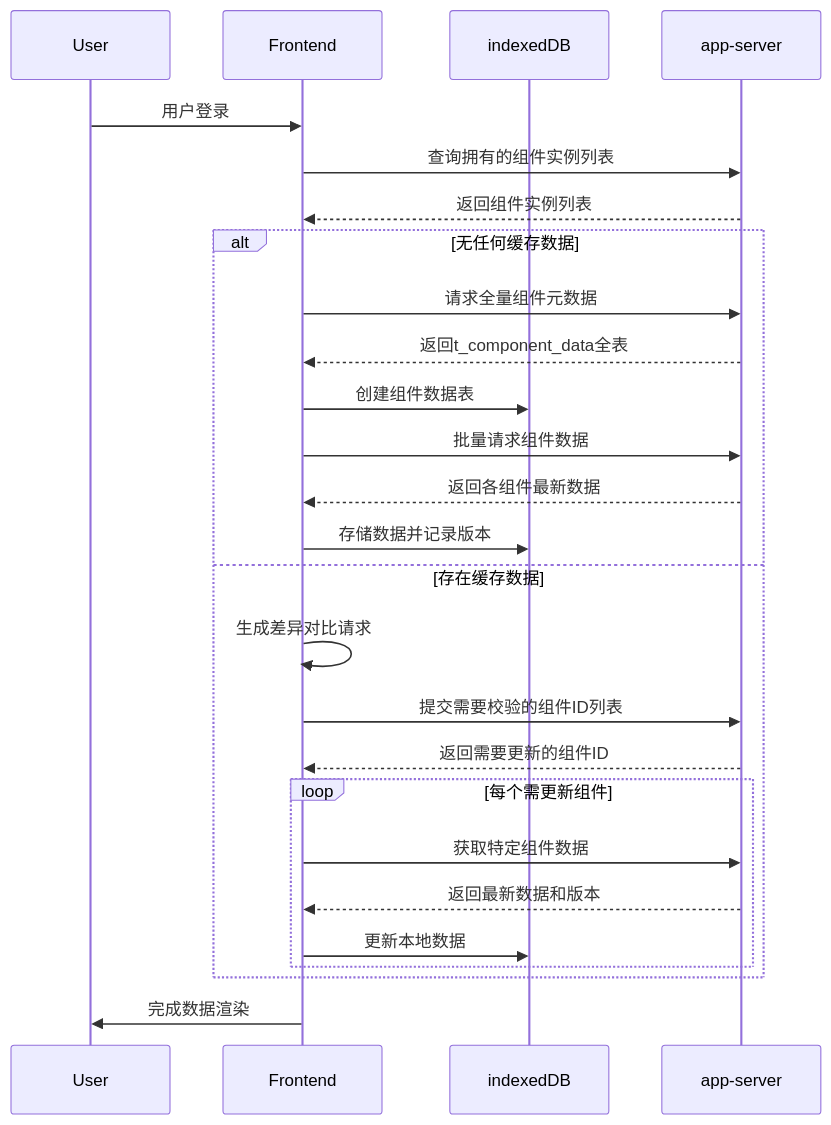
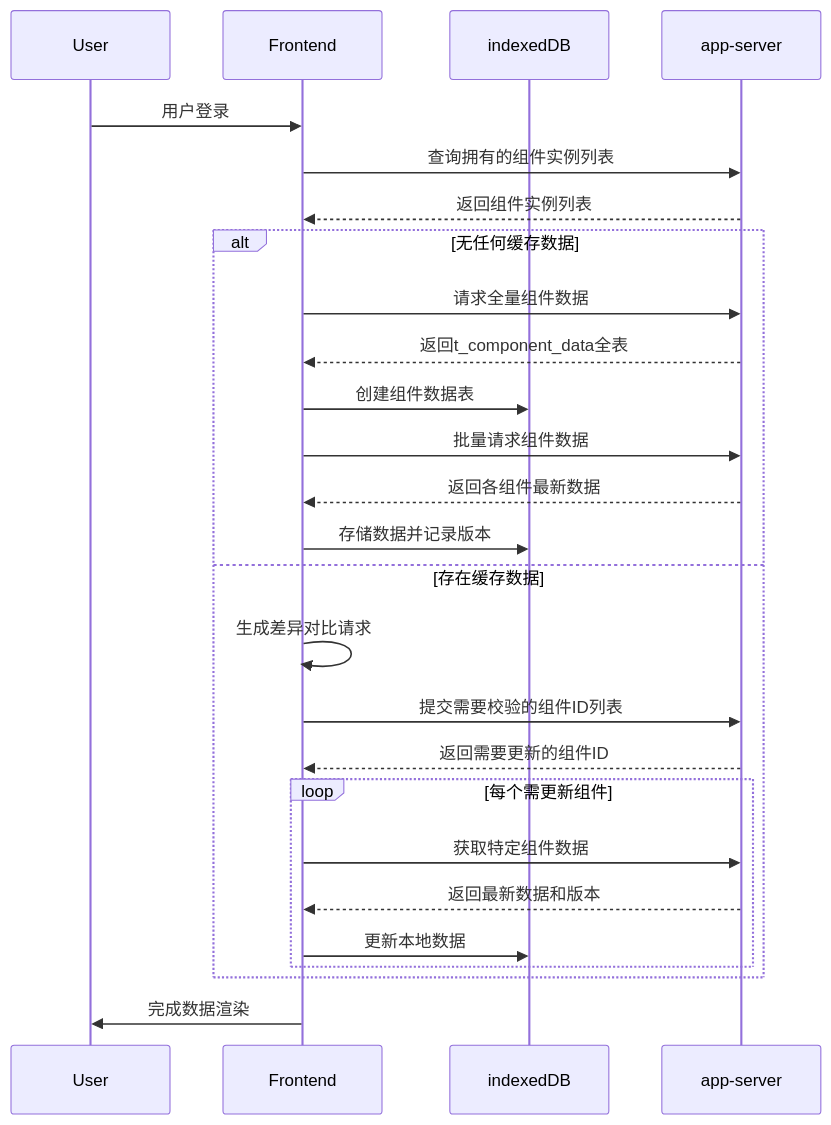
The diagram in all/未命名-24.md (yingjianzh/iodraw-files), drawn with Mermaid before and after one commit.

Commit message:
2025-02-24 17:07:38 update

````diff
--- a/all/未命名-24.md
+++ b/all/未命名-24.md
@@ -1,30 +1,30 @@
 ```mermaid
 sequenceDiagram
     participant User
     participant Frontend
     participant indexedDB
     participant app-server
 
     User->>Frontend: 用户登录
     Frontend->>app-server: 查询拥有的组件实例列表
     app-server-->>Frontend: 返回组件实例列表
     
     alt 无任何缓存数据
-        Frontend->>app-server: 请求全量组件元数据
+        Frontend->>app-server: 请求全量组件数据
         app-server-->>Frontend: 返回t_component_data全表
         Frontend->>indexedDB: 创建组件数据表
         Frontend->>app-server: 批量请求组件数据
         app-server-->>Frontend: 返回各组件最新数据
         Frontend->>indexedDB: 存储数据并记录版本
     else 存在缓存数据
         Frontend->>Frontend: 生成差异对比请求
         Frontend->>app-server: 提交需要校验的组件ID列表
         app-server-->>Frontend: 返回需要更新的组件ID
         loop 每个需更新组件
             Frontend->>app-server: 获取特定组件数据
             app-server-->>Frontend: 返回最新数据和版本
             Frontend->>indexedDB: 更新本地数据
         end
     end
     Frontend->>User: 完成数据渲染
 ```
````
